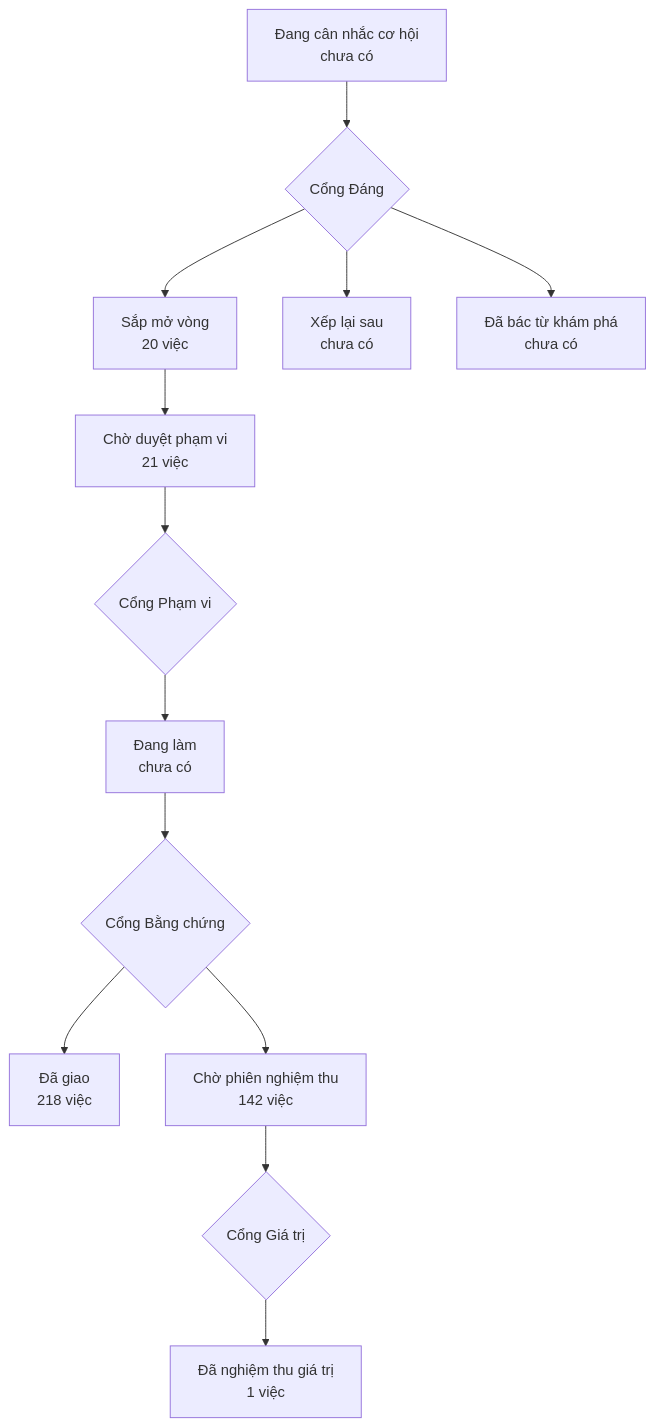
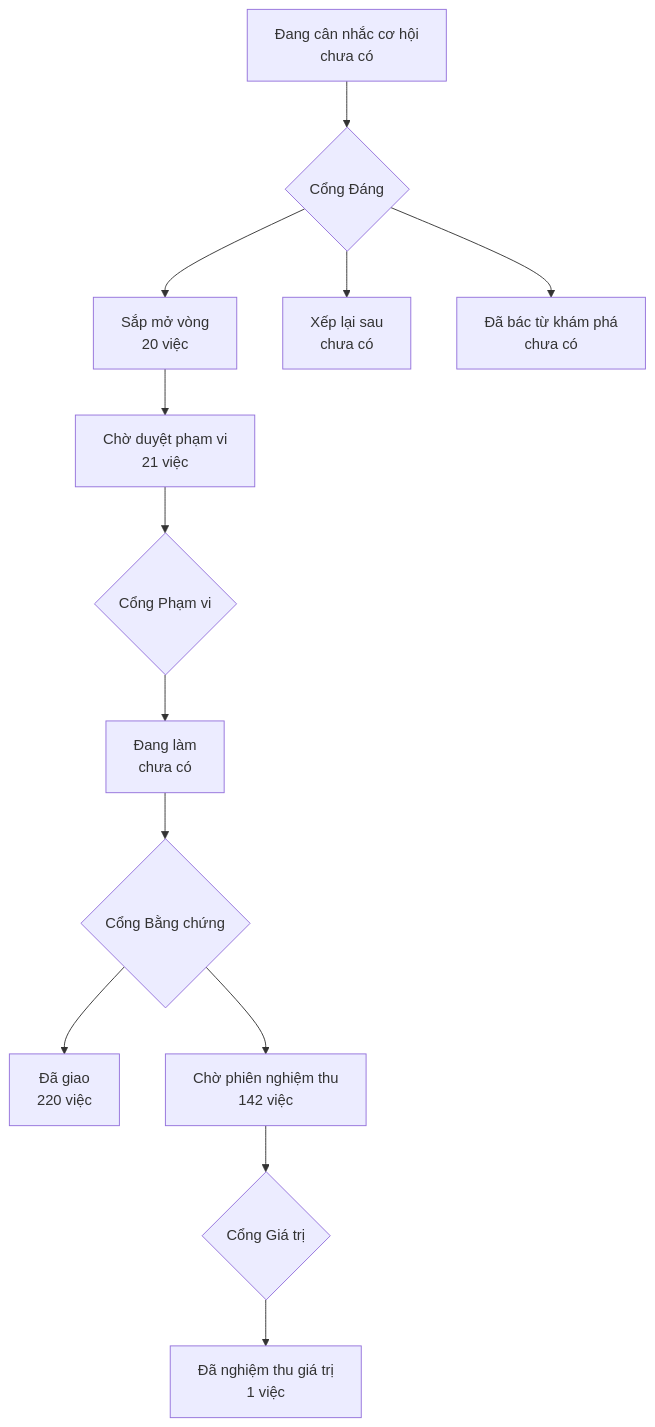
Before and after one commit to phanlemanh/onehub-invest: the diagram in PRODUCT-MAP.md, drawn with Mermaid. The commit also changed other lines of this file and 1 other file, not shown here.

Commit message:
chore: vẽ lại bản đồ sản phẩm sau khi nhận main 5a418983c (NK1)

````diff
--- a/PRODUCT-MAP.md
+++ b/PRODUCT-MAP.md
@@ -7,12 +7,12 @@
 ```mermaid
 flowchart TD
   A["Đang cân nhắc cơ hội<br/>chưa có"] --> GD{"Cổng Đáng"}
   GD --> B["Sắp mở vòng<br/>20 việc"]
   GD --> XL["Xếp lại sau<br/>chưa có"]
   GD --> DB["Đã bác từ khám phá<br/>chưa có"]
   B --> CD["Chờ duyệt phạm vi<br/>21 việc"] --> GP{"Cổng Phạm vi"}
   GP --> DL["Đang làm<br/>chưa có"] --> GB{"Cổng Bằng chứng"}
-  GB --> DG["Đã giao<br/>218 việc"]
+  GB --> DG["Đã giao<br/>220 việc"]
   GB --> CN["Chờ phiên nghiệm thu<br/>142 việc"] --> GG{"Cổng Giá trị"}
   GG --> NT["Đã nghiệm thu giá trị<br/>1 việc"]
 ```
````
